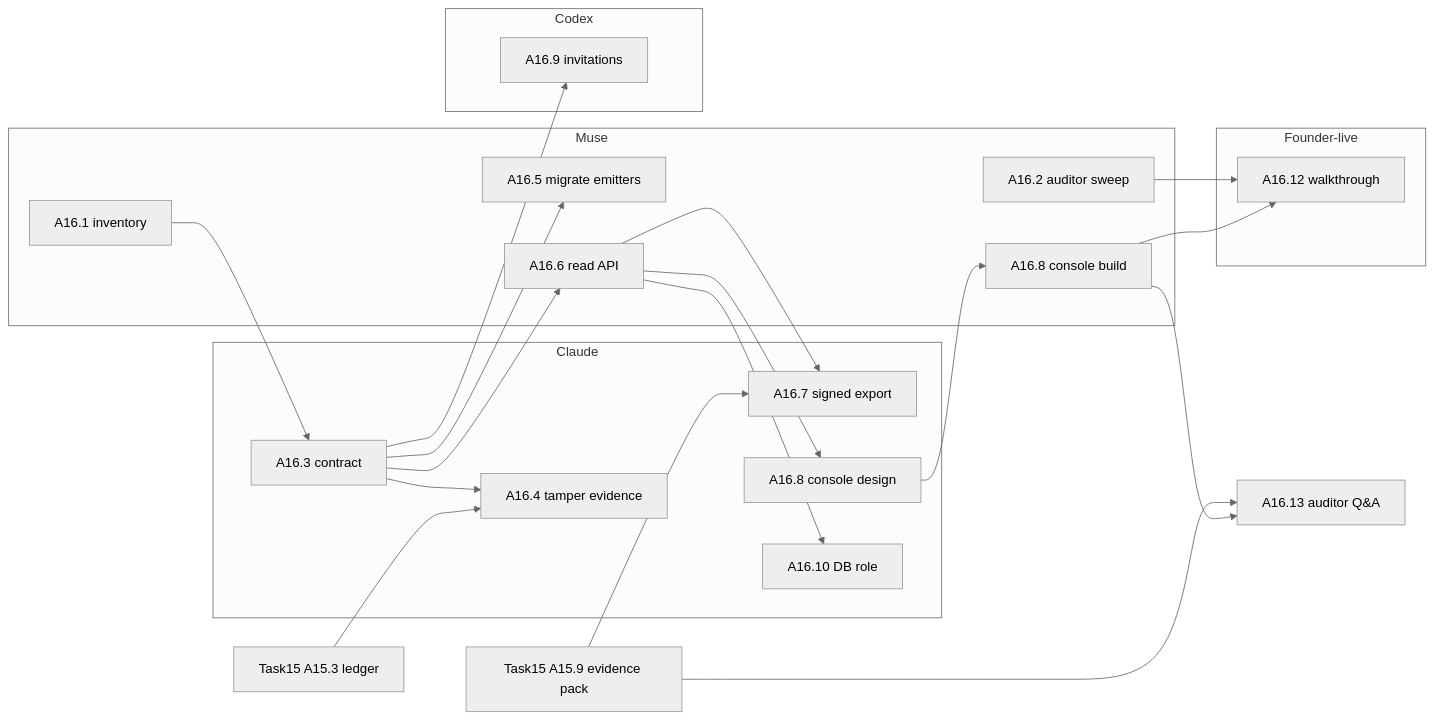
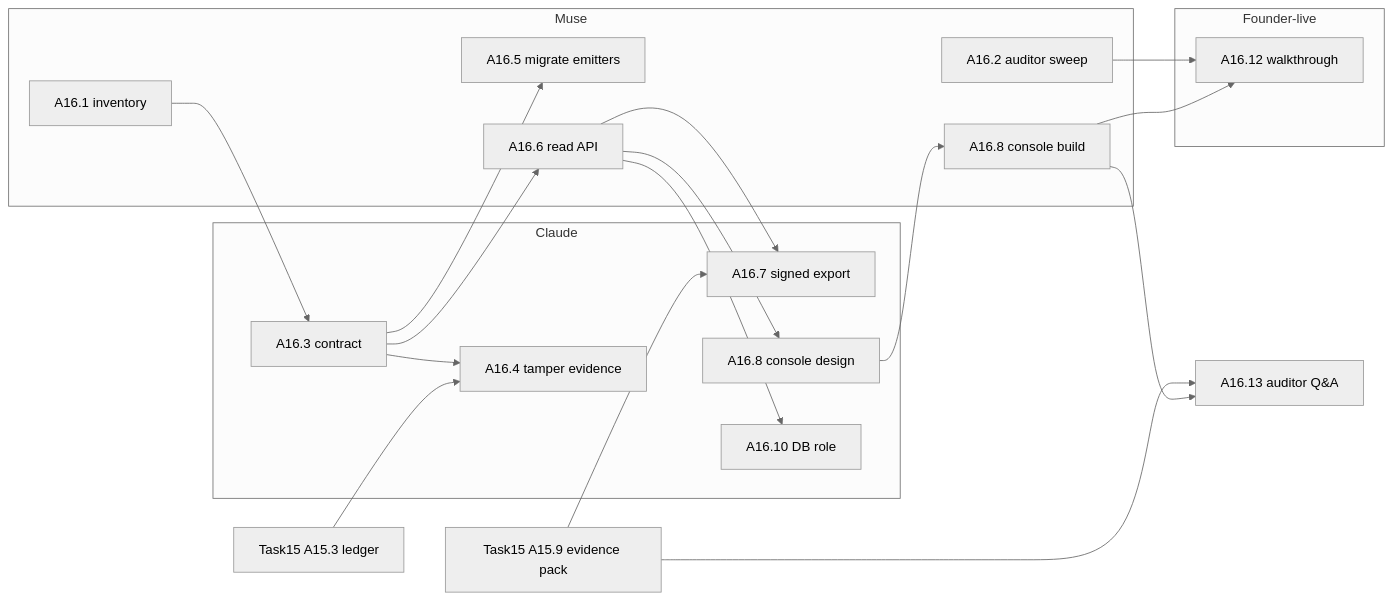
Before and after one commit to mahamannu-ux/TrackAI-V1: the diagram in docs/plan/TASK16.md, drawn with Mermaid (neutral theme). The commit also changed other lines of this file and 14 other files, not shown here.

First line of the commit message:
roadmap-2026-10-12: portfolio re-plan (Task7/8/11/12 re-scoped, Task17/18 added, new graph)

````diff
--- a/docs/plan/TASK16.md
+++ b/docs/plan/TASK16.md
@@ -42,38 +42,34 @@
 ```mermaid
 flowchart LR
   subgraph Muse
     B1[A16.1 inventory]
     B2[A16.2 auditor sweep]
     B5[A16.5 migrate emitters]
     B6[A16.6 read API]
     B8b[A16.8 console build]
   end
   subgraph Claude
     B3[A16.3 contract]
     B4[A16.4 tamper evidence]
     B7[A16.7 signed export]
     B8a[A16.8 console design]
     B10[A16.10 DB role]
   end
-  subgraph Codex
-    B9[A16.9 invitations]
-  end
   subgraph Founder-live
     B12[A16.12 walkthrough]
   end
   B13[A16.13 auditor Q&A]
   T153[Task15 A15.3 ledger] --> B4
   T159[Task15 A15.9 evidence pack] --> B7
   B1 --> B3
   B3 --> B4
   B3 --> B5
   B3 --> B6
-  B3 --> B9
   B6 --> B7
   B6 --> B8a --> B8b
   B6 --> B10
   B8b --> B12
   B2 --> B12
   B8b --> B13
   T159 --> B13
 ```
````
